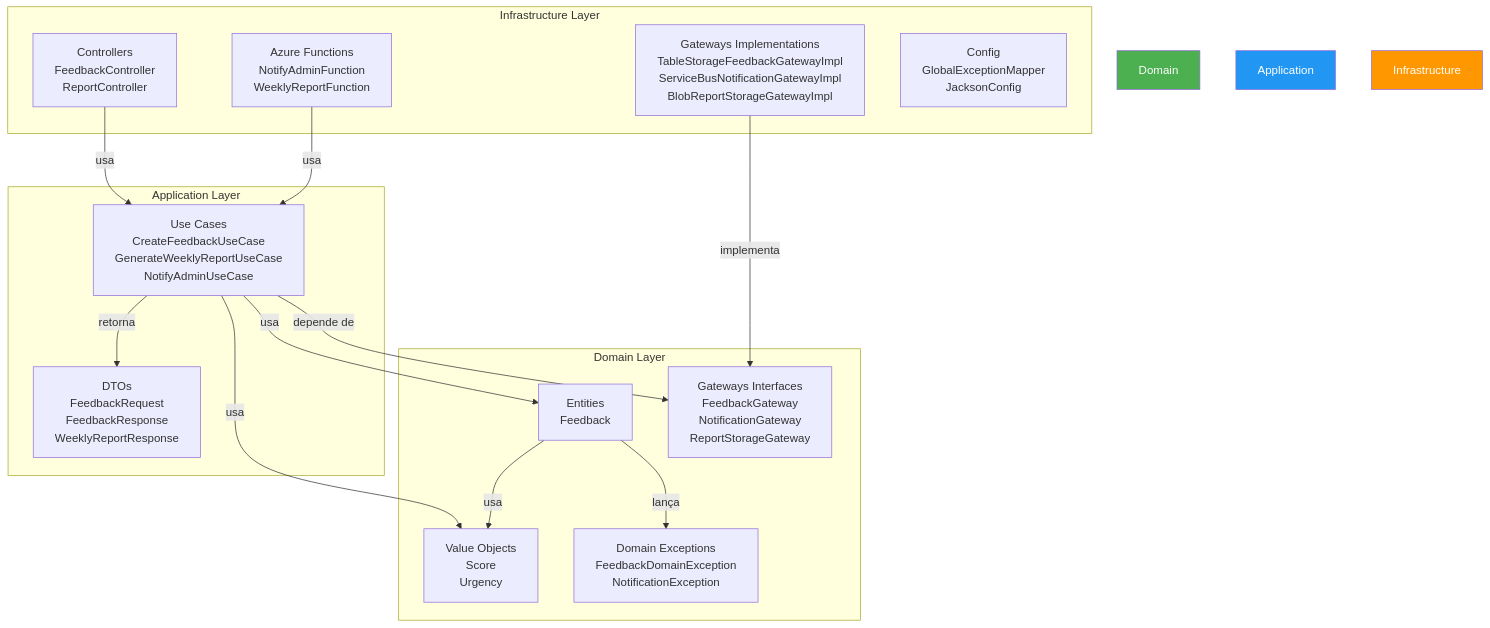
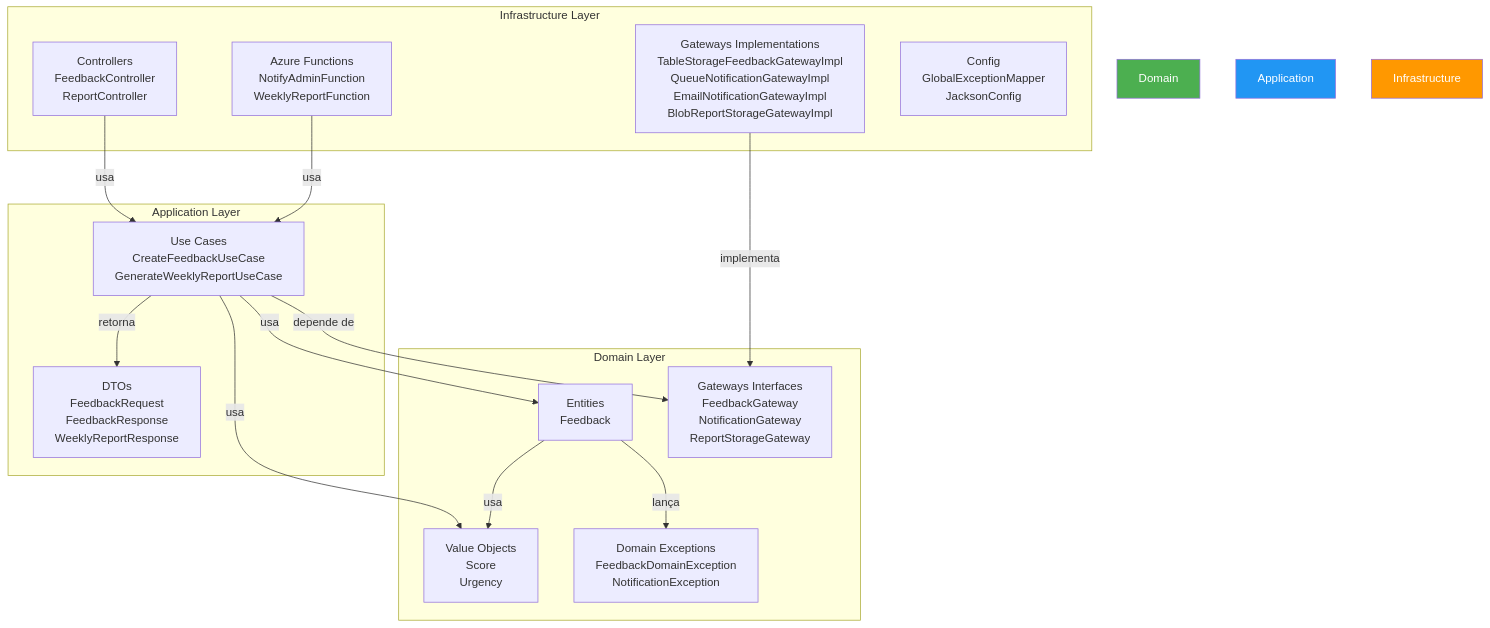
One commit to luizffdemoraes/feedback-sync changed the fifth of 9 diagrams in README.md. Above: the diagram before and after it, drawn with Mermaid. The commit also changed other lines of this file and 30 other files, not shown here.

````diff
--- a/README.md
+++ b/README.md
@@ -470,35 +454,35 @@
 ```mermaid
 graph TB
     subgraph "Infrastructure Layer"
         Controllers[Controllers<br/>FeedbackController<br/>ReportController]
         Handlers[Azure Functions<br/>NotifyAdminFunction<br/>WeeklyReportFunction]
-        GatewaysImpl[Gateways Implementations<br/>TableStorageFeedbackGatewayImpl<br/>ServiceBusNotificationGatewayImpl<br/>BlobReportStorageGatewayImpl]
+        GatewaysImpl[Gateways Implementations<br/>TableStorageFeedbackGatewayImpl<br/>QueueNotificationGatewayImpl<br/>EmailNotificationGatewayImpl<br/>BlobReportStorageGatewayImpl]
         Config[Config<br/>GlobalExceptionMapper<br/>JacksonConfig]
     end
 
     subgraph "Application Layer"
-        UseCases[Use Cases<br/>CreateFeedbackUseCase<br/>GenerateWeeklyReportUseCase<br/>NotifyAdminUseCase]
+        UseCases[Use Cases<br/>CreateFeedbackUseCase<br/>GenerateWeeklyReportUseCase]
         DTOs[DTOs<br/>FeedbackRequest<br/>FeedbackResponse<br/>WeeklyReportResponse]
     end
 
     subgraph "Domain Layer"
         Entities[Entities<br/>Feedback]
         ValueObjects[Value Objects<br/>Score<br/>Urgency]
         Gateways[Gateways Interfaces<br/>FeedbackGateway<br/>NotificationGateway<br/>ReportStorageGateway]
         Exceptions[Domain Exceptions<br/>FeedbackDomainException<br/>NotificationException]
     end
 
     Controllers -->|usa| UseCases
     Handlers -->|usa| UseCases
     UseCases -->|usa| Entities
     UseCases -->|usa| ValueObjects
     UseCases -->|depende de| Gateways
     GatewaysImpl -->|implementa| Gateways
     UseCases -->|retorna| DTOs
     Entities -->|usa| ValueObjects
     Entities -->|lança| Exceptions
 
     style Domain fill:#4CAF50,color:#fff
     style Application fill:#2196F3,color:#fff
     style Infrastructure fill:#FF9800,color:#fff
 ```
````
